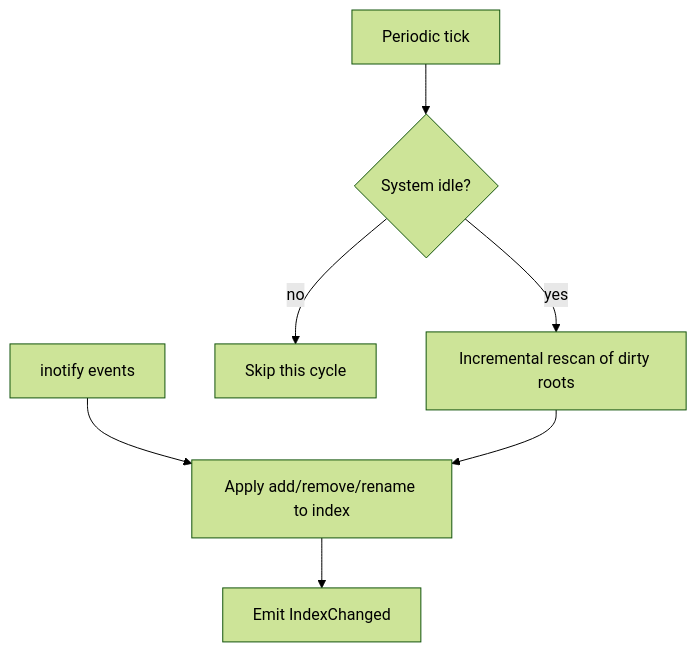
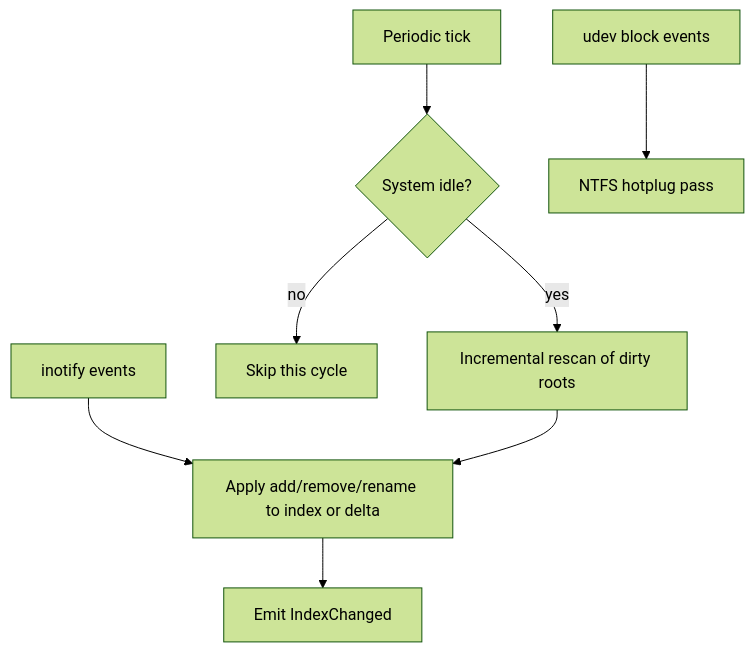
Before and after one commit to brrrassica/omavrything: the third of 5 diagrams in docs/architecture.md, drawn with Mermaid (forest theme). The commit also changed other lines of this file and 12 other files, not shown here.

````diff
--- a/docs/architecture.md
+++ b/docs/architecture.md
@@ -155,9 +203,10 @@
 ```mermaid
 flowchart TD
-    INO[inotify events] --> APPLY[Apply add/remove/rename to index]
+    INO[inotify events] --> APPLY[Apply add/remove/rename to index or delta]
     TICK[Periodic tick] --> IDLE{System idle?}
     IDLE -- no --> WAIT[Skip this cycle]
     IDLE -- yes --> RESCAN[Incremental rescan of dirty roots]
     RESCAN --> APPLY
     APPLY --> NOTIFY[Emit IndexChanged]
+    UDEV[udev block events] --> NTFS[NTFS hotplug pass]
 ```
````
